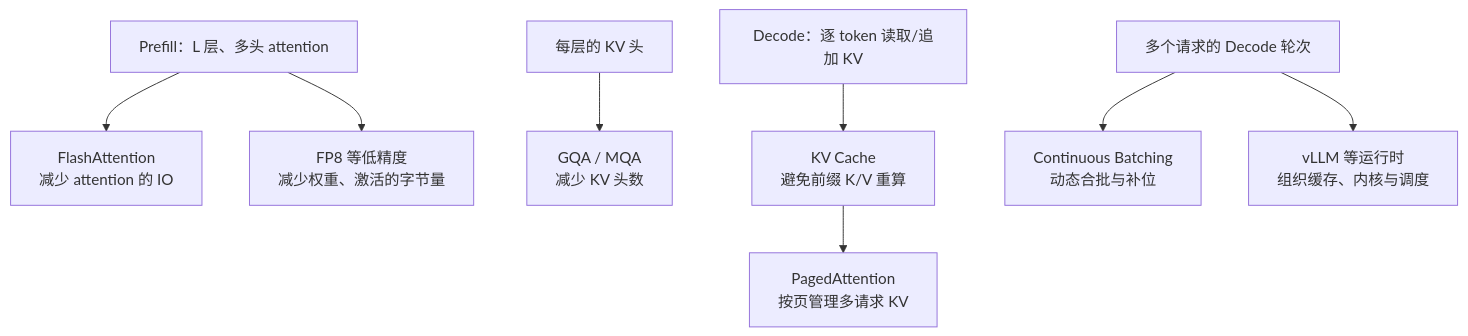
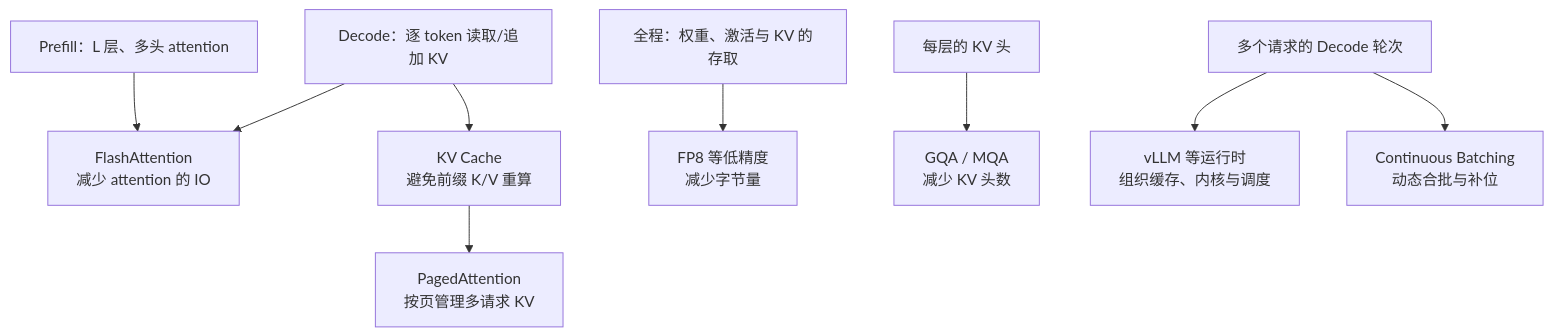
Before and after one commit to yeasy/llm_internals: the sixth of 7 diagrams in 03_components/3.8_gpt_inference_flow.md, drawn with Mermaid. The commit also changed other lines of this file and 1 other file, not shown here.

````diff
--- a/03_components/3.8_gpt_inference_flow.md
+++ b/03_components/3.8_gpt_inference_flow.md
@@ -427,10 +656,11 @@
 ```mermaid
 flowchart TB
     prefill["Prefill：L 层、多头 attention"] --> flash["FlashAttention<br/>减少 attention 的 IO"]
-    prefill --> fp8["FP8 等低精度<br/>减少权重、激活的字节量"]
+    whole["全程：权重、激活与 KV 的存取"] --> fp8["FP8 等低精度<br/>减少字节量"]
     heads["每层的 KV 头"] --> gqa["GQA / MQA<br/>减少 KV 头数"]
     decode["Decode：逐 token 读取/追加 KV"] --> cache["KV Cache<br/>避免前缀 K/V 重算"]
+    decode --> flash
     cache --> paged["PagedAttention<br/>按页管理多请求 KV"]
     service["多个请求的 Decode 轮次"] --> batch["Continuous Batching<br/>动态合批与补位"]
     service --> runtime["vLLM 等运行时<br/>组织缓存、内核与调度"]
 ```
````
